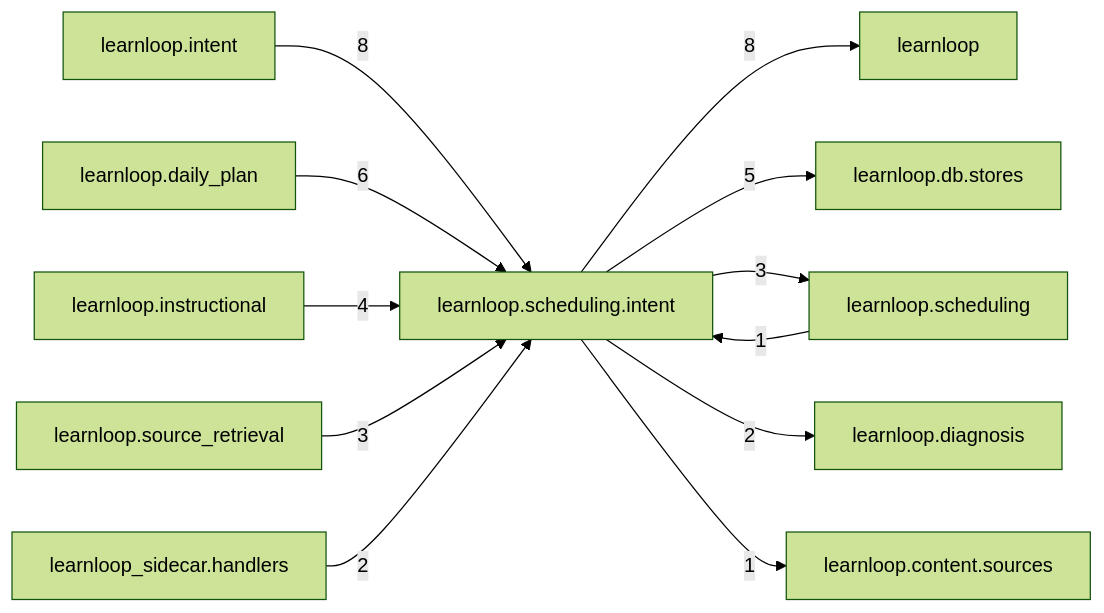
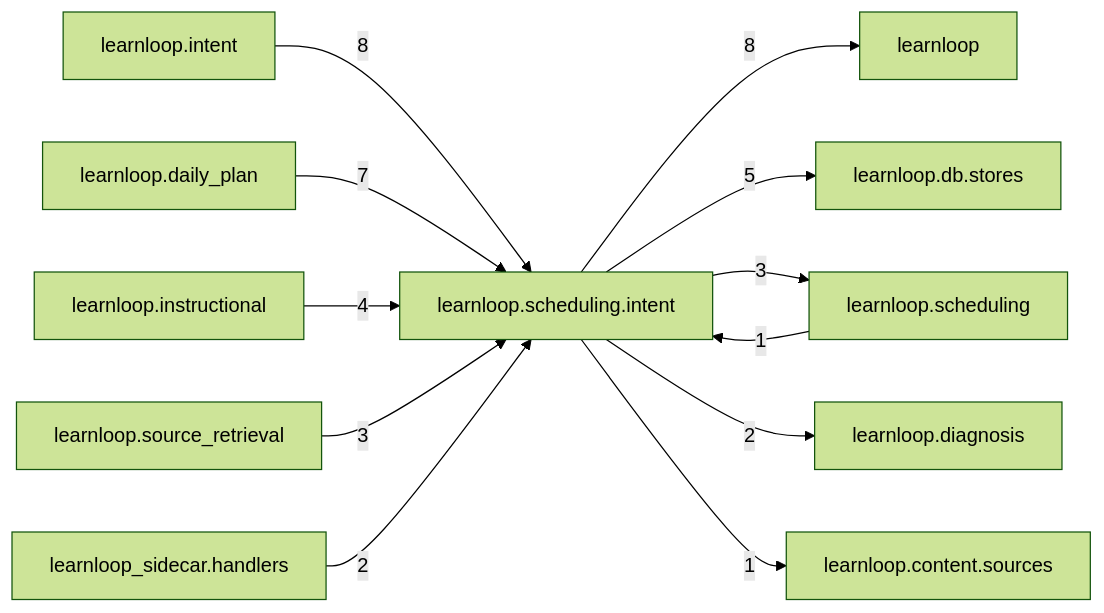
Before and after one commit to 6up-b/learnanything: the diagram in docs/learnloop-architecture-vault/Reference/Modules/learnloop/scheduling/intent/_package.md, drawn with Mermaid (forest theme). The commit also changed other lines of this file and 590 other files, not shown here.

````diff
--- a/docs/learnloop-architecture-vault/Reference/Modules/learnloop/scheduling/intent/_package.md
+++ b/docs/learnloop-architecture-vault/Reference/Modules/learnloop/scheduling/intent/_package.md
@@ -86,25 +86,25 @@
 ```mermaid
 flowchart LR
     center["learnloop.scheduling.intent"]
     n_learnloop["learnloop"]
     n_learnloop_intent["learnloop.intent"]
     n_learnloop_daily_plan["learnloop.daily_plan"]
     n_learnloop_db_stores["learnloop.db.stores"]
     n_learnloop_instructional["learnloop.instructional"]
     n_learnloop_scheduling["learnloop.scheduling"]
     n_learnloop_source_retrieval["learnloop.source_retrieval"]
     n_learnloop_diagnosis["learnloop.diagnosis"]
     n_learnloop_sidecar_handlers["learnloop_sidecar.handlers"]
     n_learnloop_content_sources["learnloop.content.sources"]
     center -->|8| n_learnloop
     n_learnloop_intent -->|8| center
-    n_learnloop_daily_plan -->|6| center
+    n_learnloop_daily_plan -->|7| center
     center -->|5| n_learnloop_db_stores
     n_learnloop_instructional -->|4| center
     n_learnloop_scheduling -->|1| center
     center -->|3| n_learnloop_scheduling
     n_learnloop_source_retrieval -->|3| center
     center -->|2| n_learnloop_diagnosis
     n_learnloop_sidecar_handlers -->|2| center
     center -->|1| n_learnloop_content_sources
 ```
````
